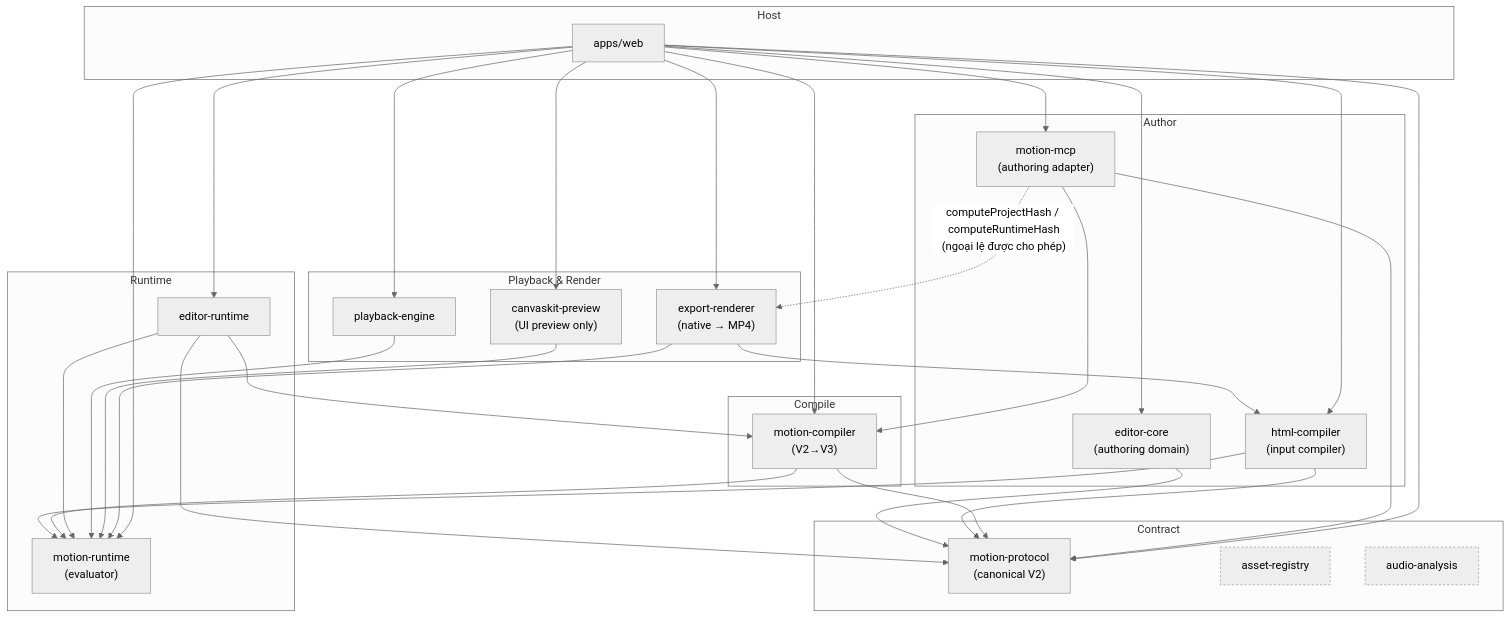
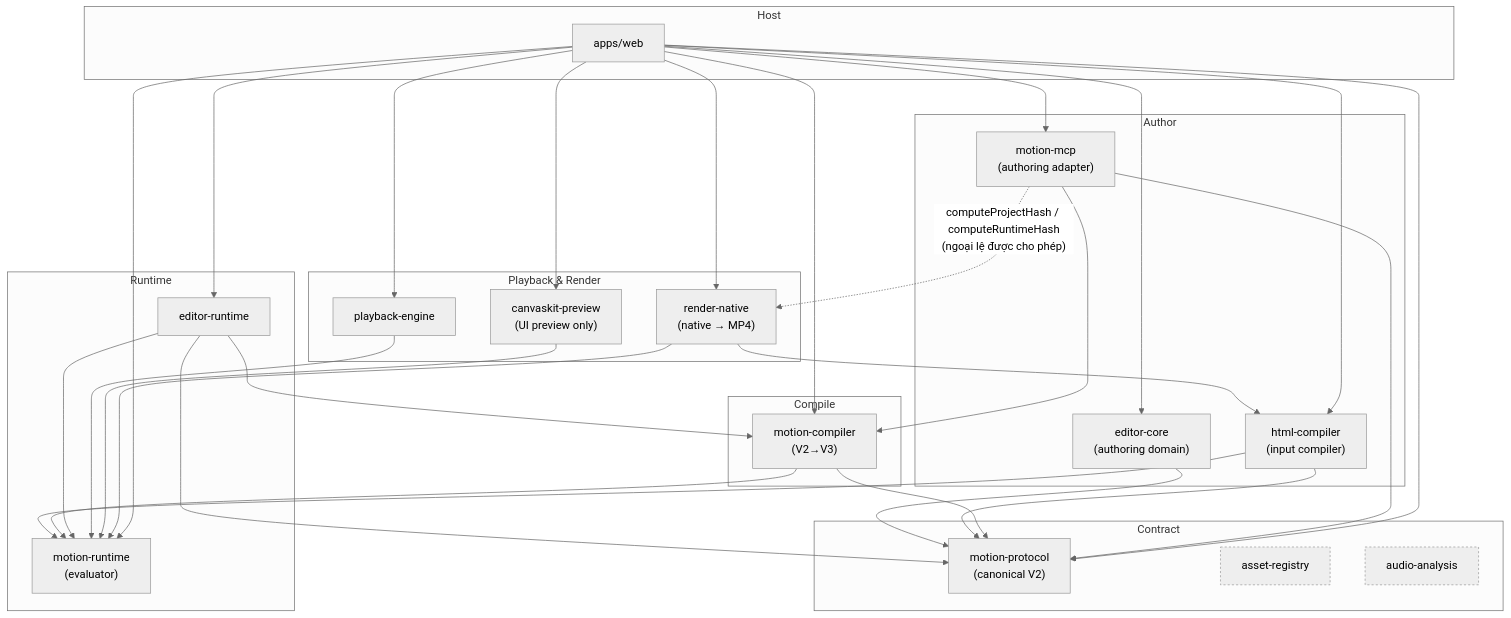
The diagram in ARCHITECHTURE.md (mankhb2k/neonix-native), drawn with Mermaid (neutral theme) before and after one commit. The commit also changed other lines of this file and 130 other files, not shown here.

````diff
--- a/ARCHITECHTURE.md
+++ b/ARCHITECHTURE.md
@@ -366,64 +472,64 @@
 ```mermaid
 flowchart TD
     subgraph AUTHOR["Author"]
         editor-core["editor-core<br/>(authoring domain)"]
         html-compiler["html-compiler<br/>(input compiler)"]
         motion-mcp["motion-mcp<br/>(authoring adapter)"]
     end
 
     subgraph CONTRACT["Contract"]
         motion-protocol["motion-protocol<br/>(canonical V2)"]
         asset-registry["asset-registry"]
         audio-analysis["audio-analysis"]
     end
 
     subgraph COMPILE["Compile"]
         motion-compiler["motion-compiler<br/>(V2→V3)"]
     end
 
     subgraph RUNTIME["Runtime"]
         motion-runtime["motion-runtime<br/>(evaluator)"]
         editor-runtime["editor-runtime"]
     end
 
     subgraph RENDER["Playback & Render"]
         playback-engine["playback-engine"]
         canvaskit-preview["canvaskit-preview<br/>(UI preview only)"]
-        export-renderer["export-renderer<br/>(native → MP4)"]
+        render-native["render-native<br/>(native → MP4)"]
     end
 
     subgraph APP["Host"]
         web["apps/web"]
     end
 
     editor-core --> motion-protocol
     html-compiler --> motion-protocol
     html-compiler --> motion-runtime
     motion-compiler --> motion-protocol
     motion-compiler --> motion-runtime
     editor-runtime --> motion-compiler
     editor-runtime --> motion-protocol
     editor-runtime --> motion-runtime
     playback-engine --> motion-runtime
     canvaskit-preview --> motion-runtime
-    export-renderer --> motion-runtime
-    export-renderer --> html-compiler
+    render-native --> motion-runtime
+    render-native --> html-compiler
     motion-mcp --> motion-compiler
     motion-mcp --> motion-protocol
 
     web --> editor-core
     web --> editor-runtime
     web --> html-compiler
     web --> motion-compiler
     web --> motion-mcp
     web --> motion-protocol
     web --> motion-runtime
     web --> playback-engine
     web --> canvaskit-preview
-    web --> export-renderer
+    web --> render-native
 
-    motion-mcp -. "computeProjectHash / computeRuntimeHash<br/>(ngoại lệ được cho phép)" .-> export-renderer
+    motion-mcp -. "computeProjectHash / computeRuntimeHash<br/>(ngoại lệ được cho phép)" .-> render-native
 
     classDef unused stroke-dasharray: 3 3;
     class asset-registry,audio-analysis unused;
 ```
````
